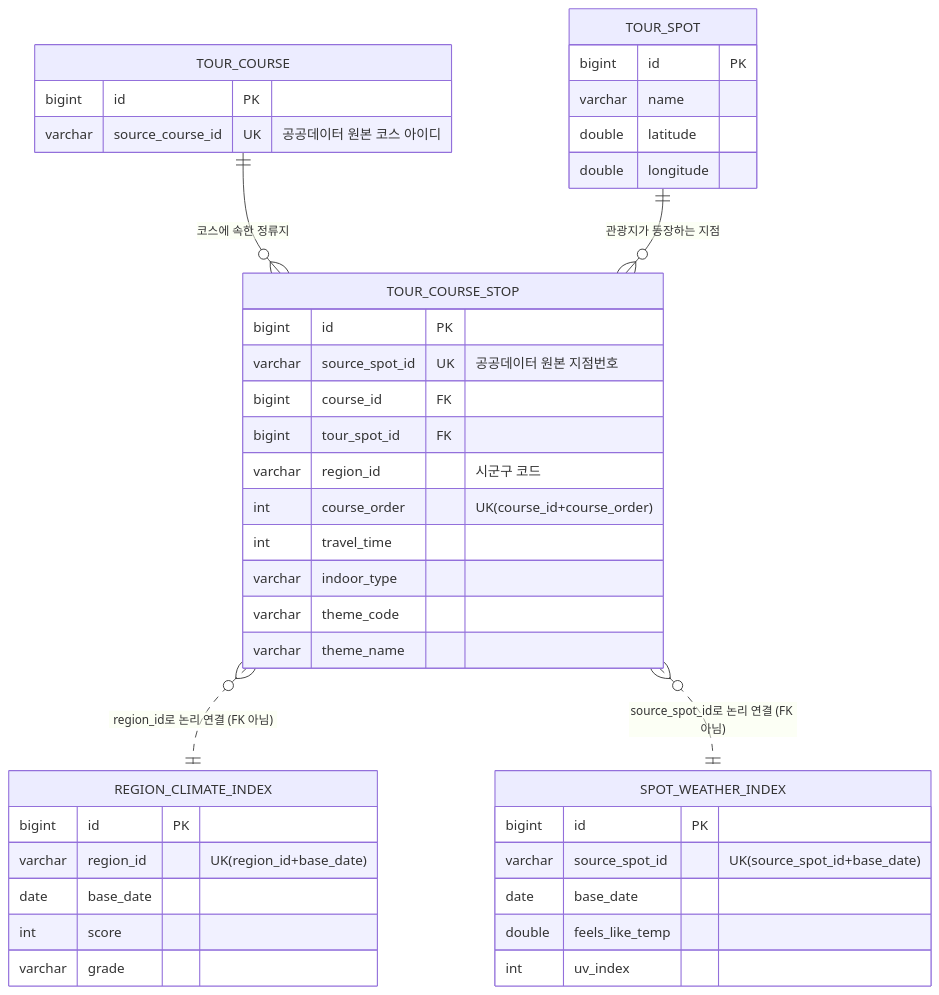
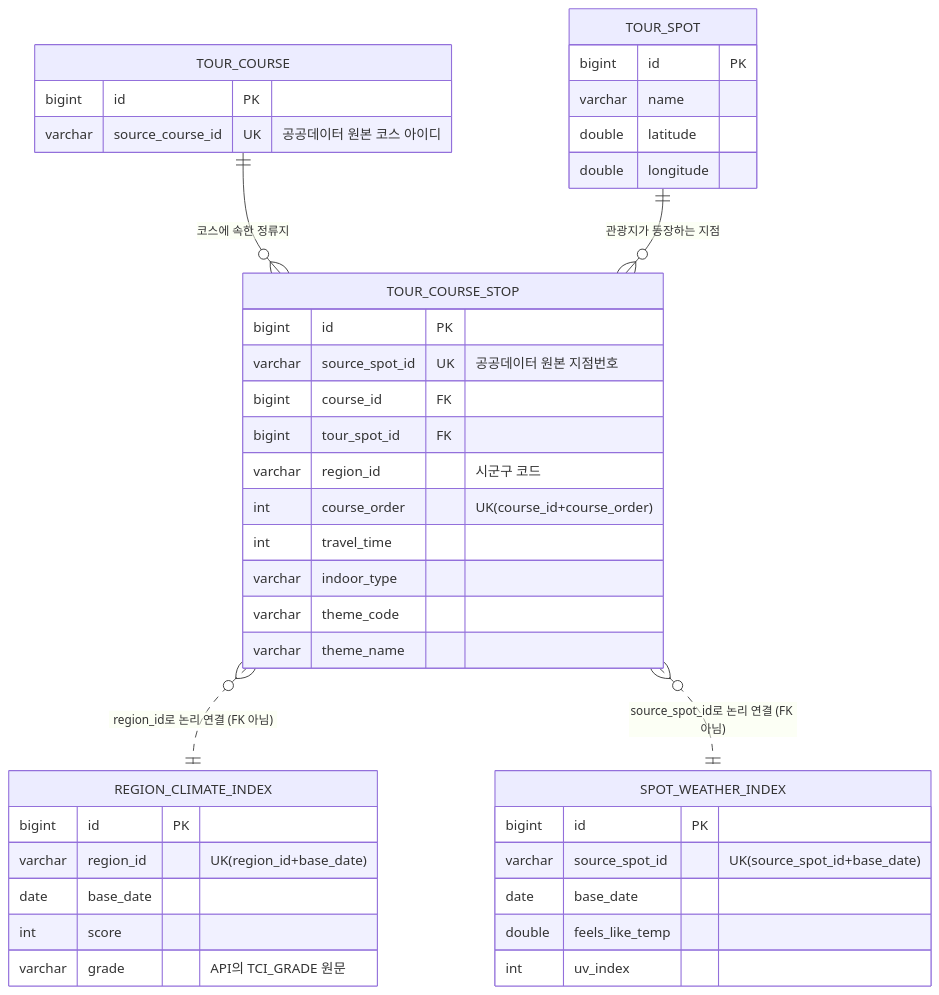
One commit to Pdar124/TripCast-was changed the diagram in docs/db-table-spec.md. Above: the diagram before and after it, drawn with Mermaid. The commit also changed other lines of this file and 40 other files, not shown here.

````diff
--- a/docs/db-table-spec.md
+++ b/docs/db-table-spec.md
@@ -8,48 +8,48 @@
 ```mermaid
 erDiagram
     TOUR_COURSE ||--o{ TOUR_COURSE_STOP : "코스에 속한 정류지"
     TOUR_SPOT ||--o{ TOUR_COURSE_STOP : "관광지가 등장하는 지점"
     TOUR_COURSE_STOP }o..|| REGION_CLIMATE_INDEX : "region_id로 논리 연결 (FK 아님)"
     TOUR_COURSE_STOP }o..|| SPOT_WEATHER_INDEX : "source_spot_id로 논리 연결 (FK 아님)"
 
     TOUR_SPOT {
         bigint id PK
         varchar name
         double latitude
         double longitude
     }
 
     TOUR_COURSE {
         bigint id PK
         varchar source_course_id UK "공공데이터 원본 코스 아이디"
     }
 
     TOUR_COURSE_STOP {
         bigint id PK
         varchar source_spot_id UK "공공데이터 원본 지점번호"
         bigint course_id FK
         bigint tour_spot_id FK
         varchar region_id "시군구 코드"
         int course_order "UK(course_id+course_order)"
         int travel_time
         varchar indoor_type
         varchar theme_code
         varchar theme_name
     }
 
     REGION_CLIMATE_INDEX {
         bigint id PK
         varchar region_id "UK(region_id+base_date)"
         date base_date
         int score
-        varchar grade
+        varchar grade "API의 TCI_GRADE 원문"
     }
 
     SPOT_WEATHER_INDEX {
         bigint id PK
         varchar source_spot_id "UK(source_spot_id+base_date)"
         date base_date
         double feels_like_temp
         int uv_index
     }
 ```
````
